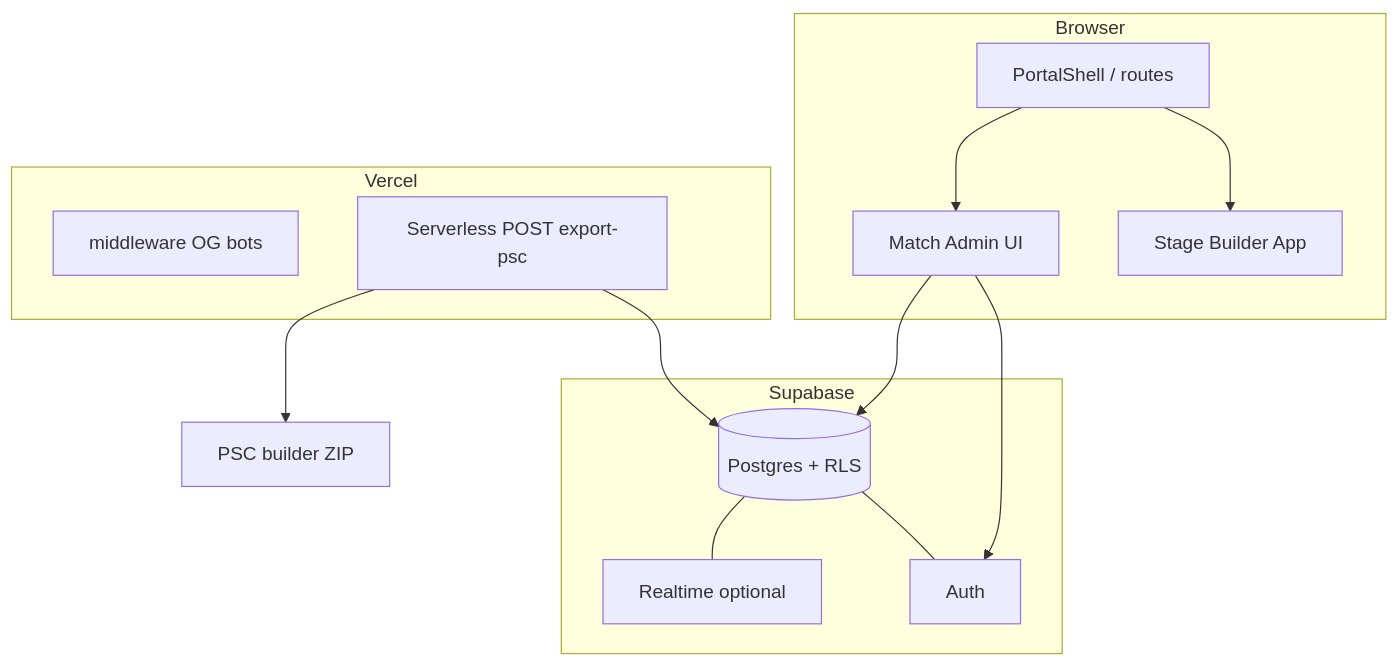
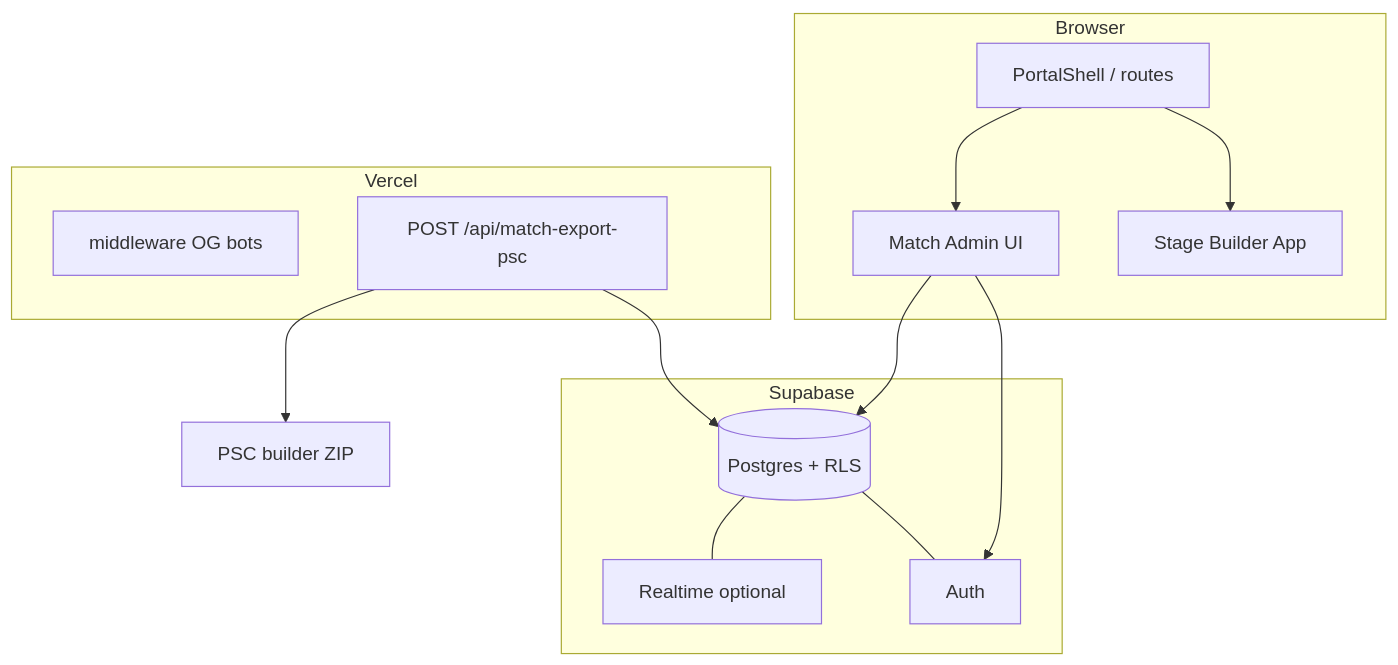
Before and after one commit to Paliis/stage-builder: the diagram in docs/MATCH_ADMIN_ARCHITECTURE.md, drawn with Mermaid. The commit also changed other lines of this file and 9 other files, not shown here.

Commit message:
docs: align match and PSC docs with codebase (May 2026)

````diff
--- a/docs/MATCH_ADMIN_ARCHITECTURE.md
+++ b/docs/MATCH_ADMIN_ARCHITECTURE.md
@@ -13,25 +13,25 @@
 ```mermaid
 flowchart TB
   subgraph client [Browser]
     Shell[PortalShell / routes]
     SB[Stage Builder App]
     MA[Match Admin UI]
     Shell --> SB
     Shell --> MA
   end
   subgraph edge [Vercel]
     MW[middleware OG bots]
-    API[Serverless POST export-psc]
+    API[POST /api/match-export-psc]
   end
   subgraph supa [Supabase]
     PG[(Postgres + RLS)]
     Auth[Auth]
     RT[Realtime optional]
     PG --- Auth
     PG --- RT
   end
   MA --> Auth
   MA --> PG
   API --> PG
   API --> PSC[PSC builder ZIP]
 ```
````
